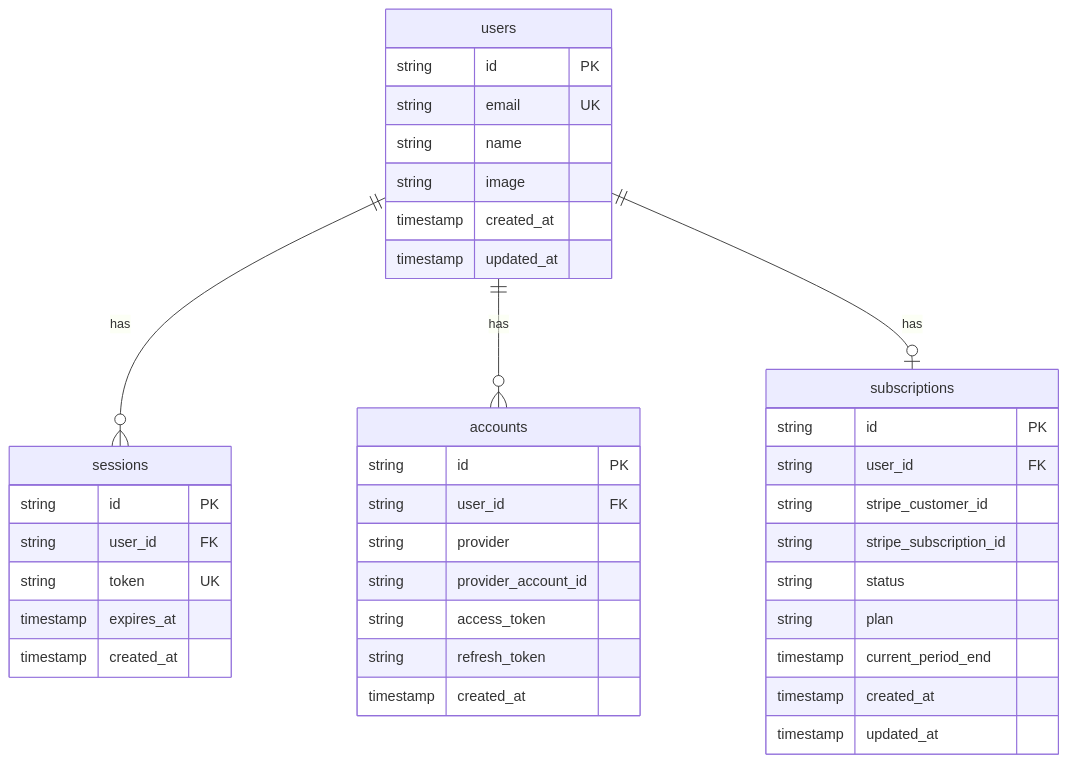
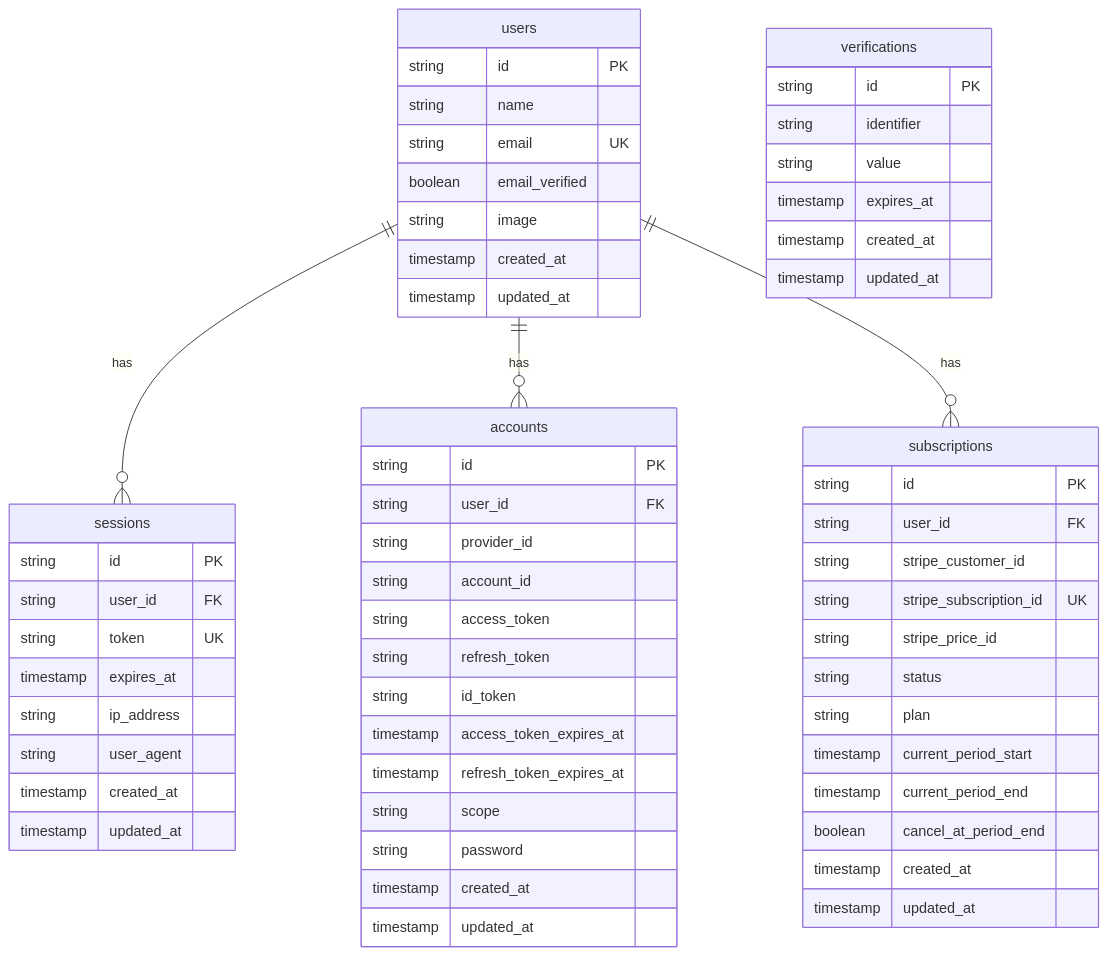
One commit to jabarihunt/jabstack changed the third of 3 diagrams in plans/jabstack-architecture.md. Above: the diagram before and after it, drawn with Mermaid. The commit also changed other lines of this file and 7 other files, not shown here.

````diff
--- a/plans/jabstack-architecture.md
+++ b/plans/jabstack-architecture.md
@@ -173,45 +175,67 @@
 ```mermaid
 erDiagram
     users {
         string id PK
+        string name
         string email UK
-        string name
+        boolean email_verified
         string image
         timestamp created_at
         timestamp updated_at
     }
 
     sessions {
         string id PK
         string user_id FK
         string token UK
         timestamp expires_at
+        string ip_address
+        string user_agent
         timestamp created_at
+        timestamp updated_at
     }
 
     accounts {
         string id PK
         string user_id FK
-        string provider
-        string provider_account_id
+        string provider_id
+        string account_id
         string access_token
         string refresh_token
+        string id_token
+        timestamp access_token_expires_at
+        timestamp refresh_token_expires_at
+        string scope
+        string password
         timestamp created_at
+        timestamp updated_at
+    }
+
+    verifications {
+        string id PK
+        string identifier
+        string value
+        timestamp expires_at
+        timestamp created_at
+        timestamp updated_at
     }
 
     subscriptions {
         string id PK
         string user_id FK
         string stripe_customer_id
-        string stripe_subscription_id
+        string stripe_subscription_id UK
+        string stripe_price_id
         string status
         string plan
+        timestamp current_period_start
         timestamp current_period_end
+        boolean cancel_at_period_end
         timestamp created_at
         timestamp updated_at
     }
 
     users ||--o{ sessions : has
     users ||--o{ accounts : has
-    users ||--o| subscriptions : has
+    users ||--o{ subscriptions : has
 ```
````
